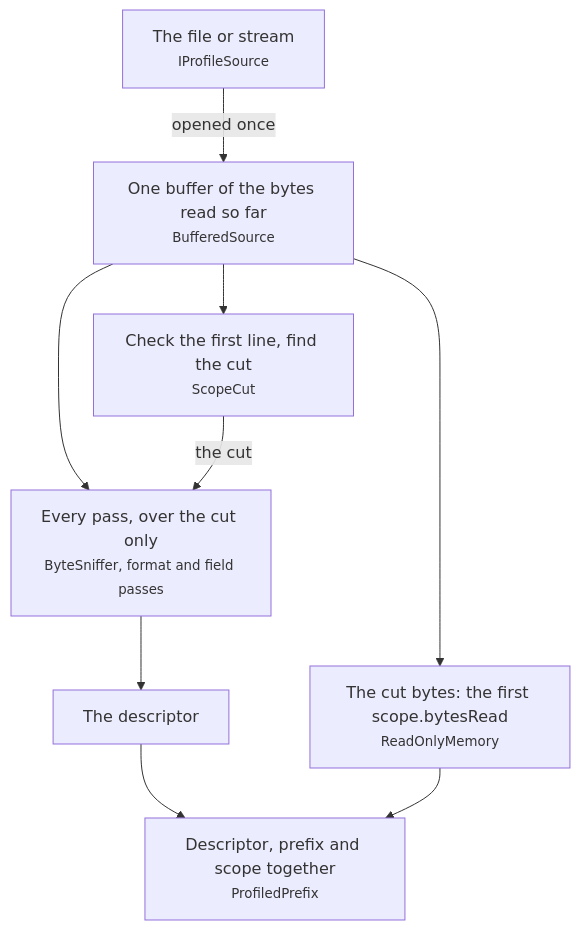
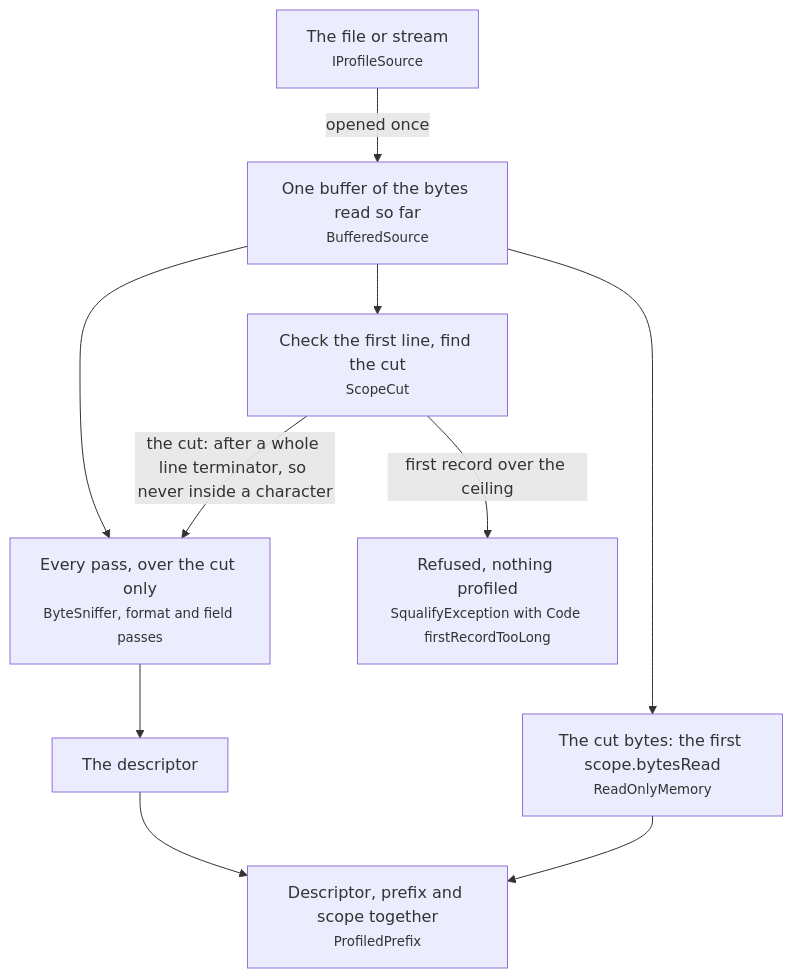
The third of 33 diagrams in docs/how-it-works.md (squalor-xyz/squalify), drawn with Mermaid before and after one commit. The commit also changed other lines of this file and 11 other files, not shown here.

````diff
--- a/docs/how-it-works.md
+++ b/docs/how-it-works.md
@@ -42,11 +42,12 @@
 ```mermaid
 flowchart TD
     S["The file or stream<br/><small>IProfileSource</small>"] -->|"opened once"| B["One buffer of the bytes read so far<br/><small>BufferedSource</small>"]
     B --> C["Check the first line, find the cut<br/><small>ScopeCut</small>"]
     B --> P["Every pass, over the cut only<br/><small>ByteSniffer, format and field passes</small>"]
-    C -->|"the cut"| P
+    C -->|"the cut: after a whole line terminator, so never inside a character"| P
+    C -->|"first record over the ceiling"| E["Refused, nothing profiled<br/><small>SqualifyException with Code firstRecordTooLong</small>"]
     P --> D["The descriptor"]
     B --> X["The cut bytes: the first scope.bytesRead<br/><small>ReadOnlyMemory</small>"]
     D --> R["Descriptor, prefix and scope together<br/><small>ProfiledPrefix</small>"]
     X --> R
 ```
````
